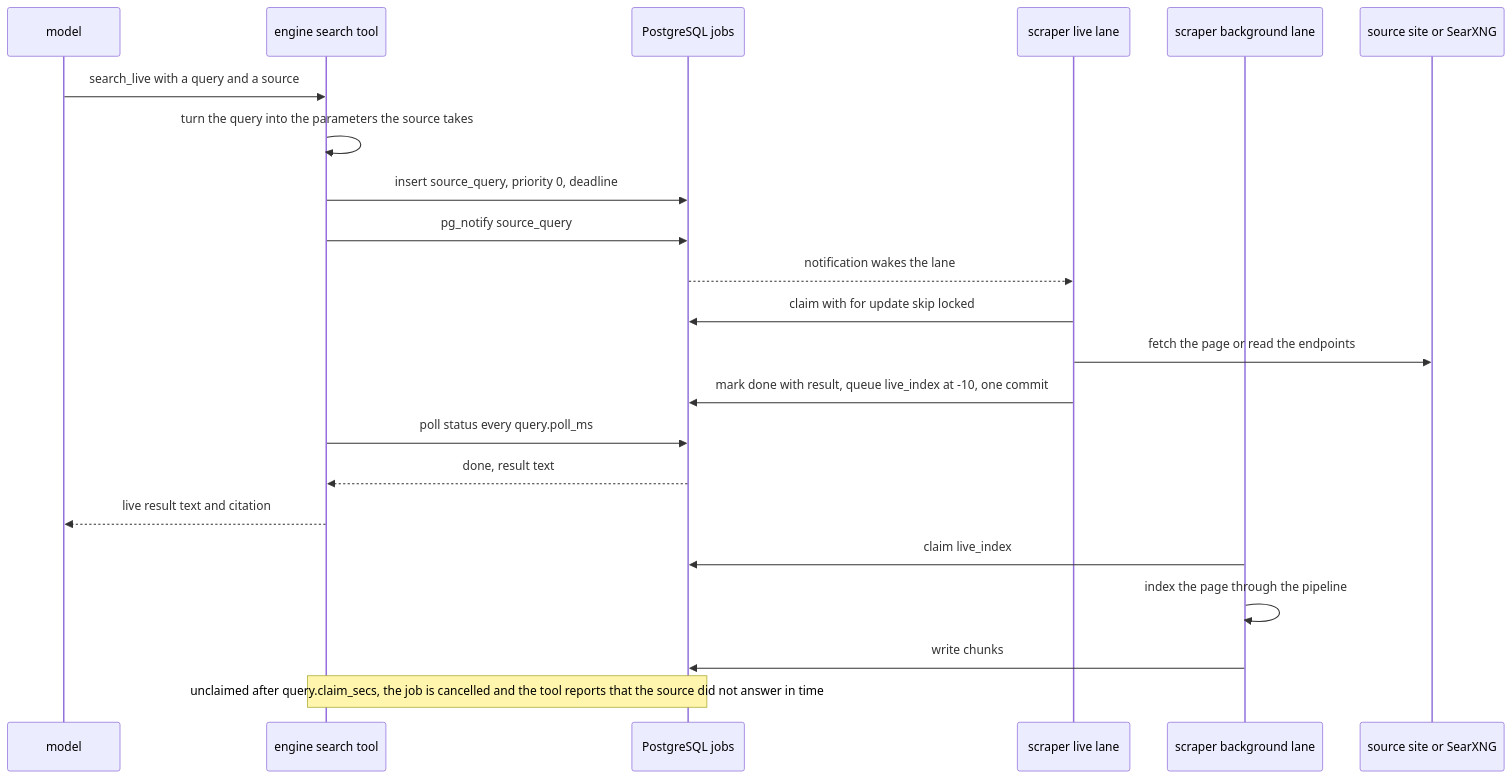
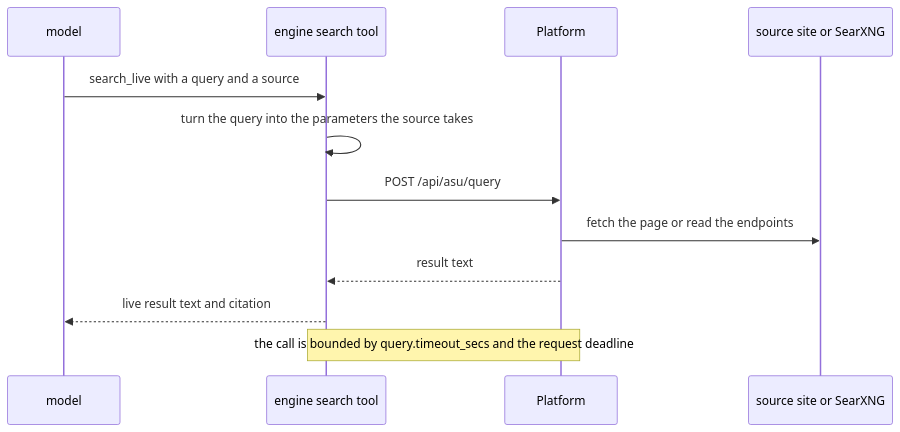
Before and after one commit to ashworks1706/SparkyAI: the sixth of 8 diagrams in docs/ARCHITECTURE.md, drawn with Mermaid. The commit also changed other lines of this file and 256 other files, not shown here.

````diff
--- a/docs/ARCHITECTURE.md
+++ b/docs/ARCHITECTURE.md
@@ -602,25 +510,15 @@
 ```mermaid
 sequenceDiagram
     participant M as model
     participant T as engine search tool
-    participant PG as PostgreSQL jobs
-    participant L as scraper live lane
-    participant BG as scraper background lane
+    participant P as Platform
     participant W as source site or SearXNG
 
     M->>T: search_live with a query and a source
     T->>T: turn the query into the parameters the source takes
-    T->>PG: insert source_query, priority 0, deadline
-    T->>PG: pg_notify source_query
-    PG-->>L: notification wakes the lane
-    L->>PG: claim with for update skip locked
-    L->>W: fetch the page or read the endpoints
-    L->>PG: mark done with result, queue live_index at -10, one commit
-    T->>PG: poll status every query.poll_ms
-    PG-->>T: done, result text
+    T->>P: POST /api/asu/query
+    P->>W: fetch the page or read the endpoints
+    P-->>T: result text
     T-->>M: live result text and citation
-    BG->>PG: claim live_index
-    BG->>BG: index the page through the pipeline
-    BG->>PG: write chunks
-    Note over T,PG: unclaimed after query.claim_secs, the job is cancelled and the tool reports that the source did not answer in time
+    Note over T,P: the call is bounded by query.timeout_secs and the request deadline
 ```
````
